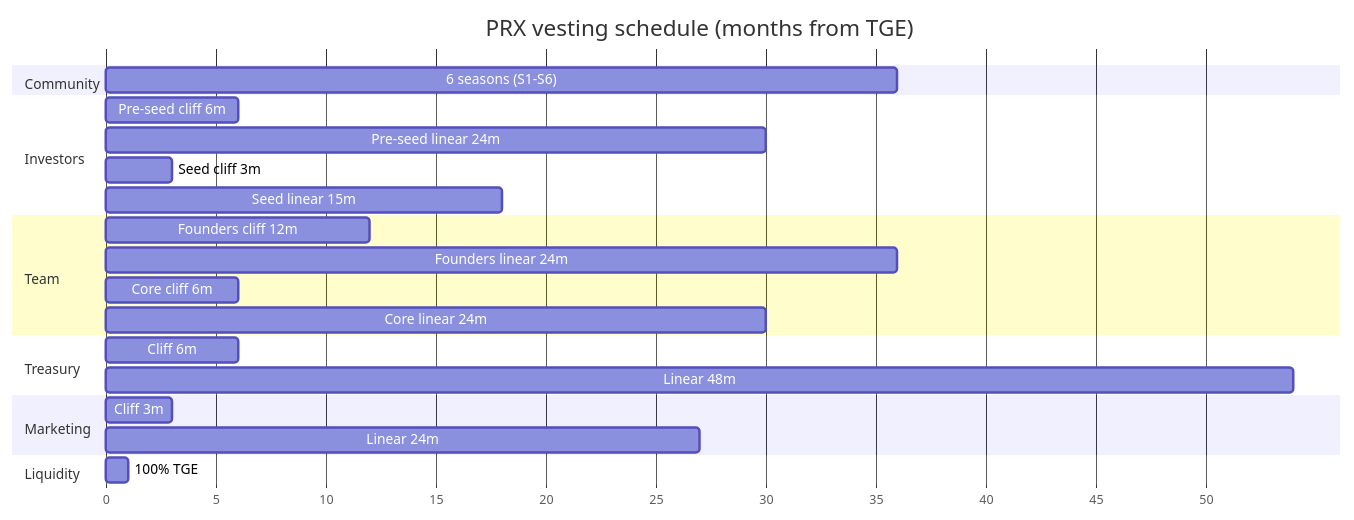
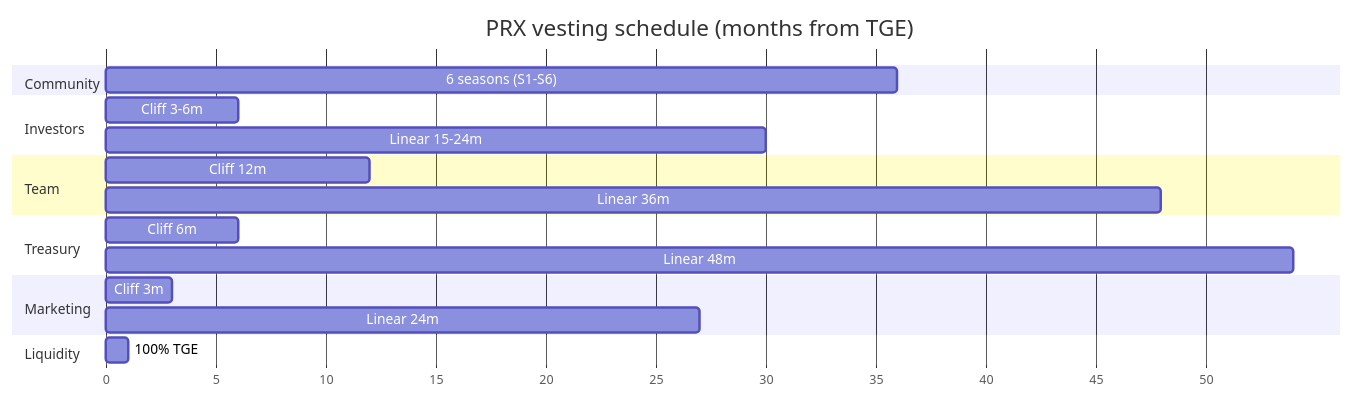
Before and after one commit to PrediX-Protocol/predix-docs: the diagram in vi_v6/kinh-te/allocation-vesting.md, drawn with Mermaid. The commit also changed other lines of this file and 6 other files, not shown here.

````diff
--- a/vi_v6/kinh-te/allocation-vesting.md
+++ b/vi_v6/kinh-te/allocation-vesting.md
@@ -75,26 +31,22 @@
 ```mermaid
 gantt
     title PRX vesting schedule (months from TGE)
     dateFormat X
     axisFormat %s
     section Community
     6 seasons (S1-S6)        :0, 36
     section Investors
-    Pre-seed cliff 6m         :0, 6
-    Pre-seed linear 24m       :6, 30
-    Seed cliff 3m             :0, 3
-    Seed linear 15m           :3, 18
+    Cliff 3-6m                :0, 6
+    Linear 15-24m             :6, 30
     section Team
-    Founders cliff 12m        :0, 12
-    Founders linear 24m       :12, 36
-    Core cliff 6m             :0, 6
-    Core linear 24m           :6, 30
+    Cliff 12m                 :0, 12
+    Linear 36m                :12, 48
     section Treasury
     Cliff 6m                  :0, 6
     Linear 48m                :6, 54
     section Marketing
     Cliff 3m                  :0, 3
     Linear 24m                :3, 27
     section Liquidity
     100% TGE                  :0, 1
 ```
````
